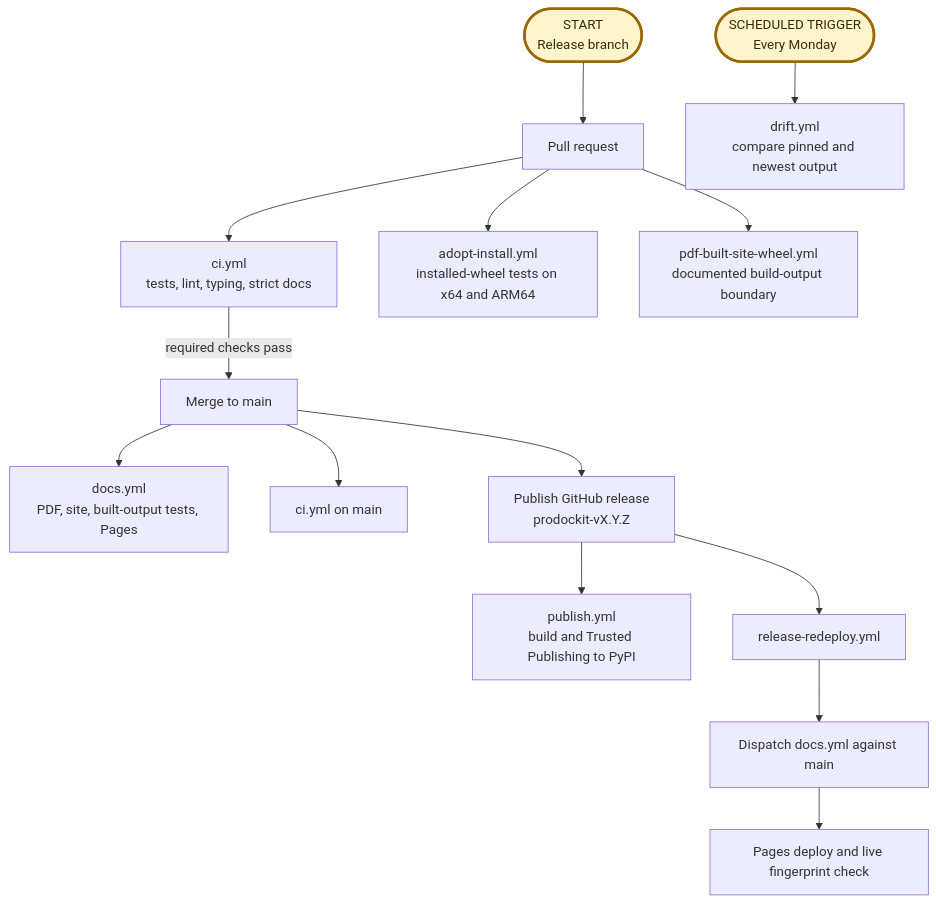
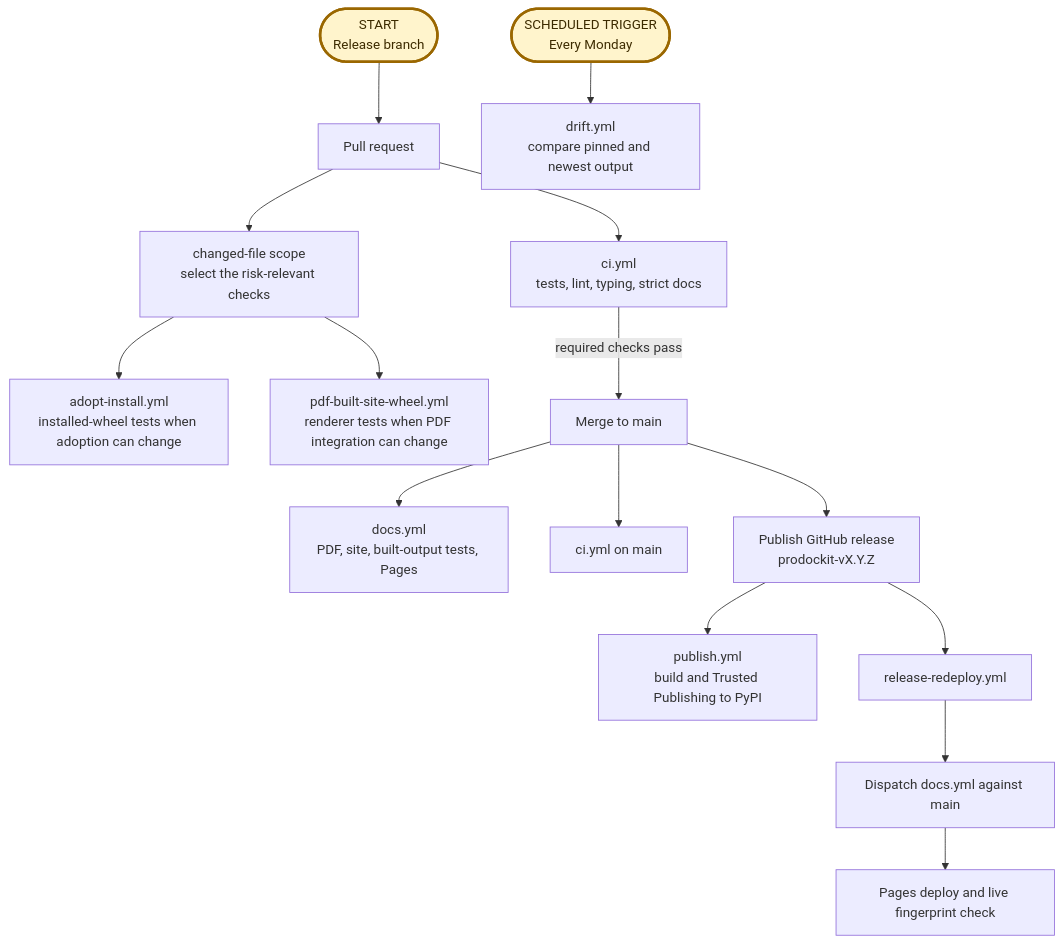
One commit to buckwem/prodockit-extensions changed the diagram in docs/devcons/releasing.md. Above: the diagram before and after it, drawn with Mermaid. The commit also changed other lines of this file and 6 other files, not shown here.

````diff
--- a/docs/devcons/releasing.md
+++ b/docs/devcons/releasing.md
@@ -25,18 +25,19 @@
 ```mermaid
 flowchart TD
     branch([START<br>Release branch]):::entry --> pr[Pull request]
     pr --> ci[ci.yml<br>tests, lint, typing, strict docs]
-    pr --> adopt[adopt-install.yml<br>installed-wheel tests on x64 and ARM64]
-    pr --> pdfsite[pdf-built-site-wheel.yml<br>documented build-output boundary]
+    pr --> scope[changed-file scope<br>select the risk-relevant checks]
+    scope --> adopt[adopt-install.yml<br>installed-wheel tests when adoption can change]
+    scope --> pdfsite[pdf-built-site-wheel.yml<br>renderer tests when PDF integration can change]
     ci -->|required checks pass| merge[Merge to main]
     merge --> docs[docs.yml<br>PDF, site, built-output tests, Pages]
     merge --> mainci[ci.yml on main]
     merge --> release[Publish GitHub release<br>prodockit-vX.Y.Z]
     release --> pypi[publish.yml<br>build and Trusted Publishing to PyPI]
     release --> redeploy[release-redeploy.yml]
     redeploy --> dispatch[Dispatch docs.yml against main]
     dispatch --> live[Pages deploy and live fingerprint check]
     schedule([SCHEDULED TRIGGER<br>Every Monday]):::entry --> drift[drift.yml<br>compare pinned and newest output]
 
     classDef entry fill:#fff4cc,stroke:#9a6700,stroke-width:3px,color:#3d2b00
 ```
````
